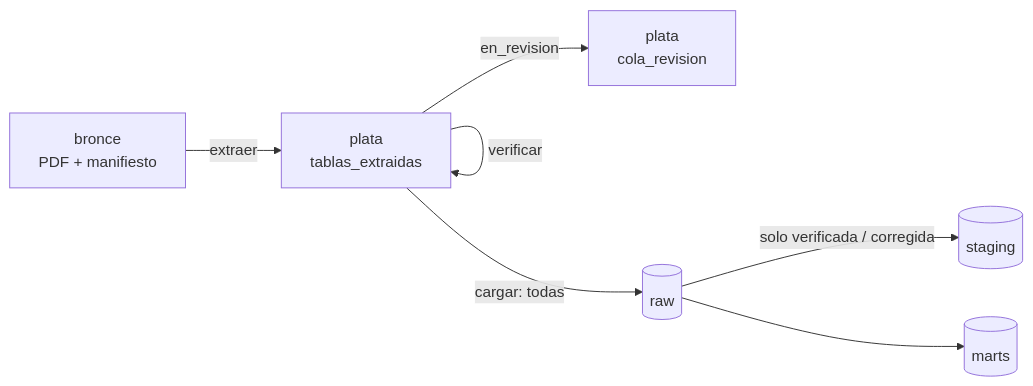
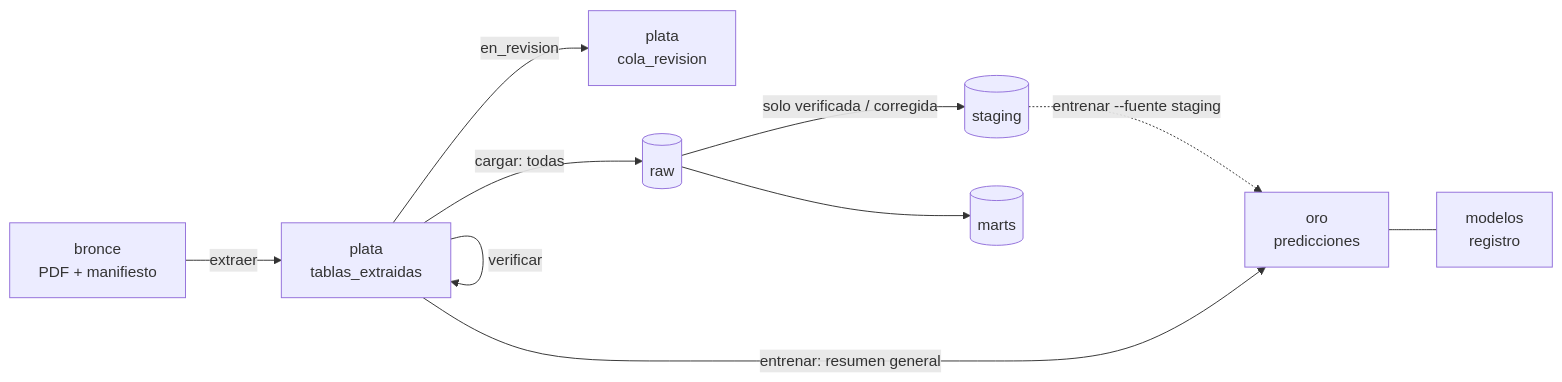
The diagram in docs/diccionario_datos.md (fyamith01/prediccion_ganadera), drawn with Mermaid before and after one commit. The commit also changed other lines of this file and 10 other files, not shown here.

````diff
--- a/docs/diccionario_datos.md
+++ b/docs/diccionario_datos.md
@@ -7,9 +7,12 @@
 ```mermaid
 flowchart LR
     B[bronce<br/>PDF + manifiesto] -->|extraer| P[plata<br/>tablas_extraidas]
     P -->|verificar| P
     P -->|en_revision| Q[plata<br/>cola_revision]
     P -->|cargar: todas| R[(raw)]
     R -->|solo verificada / corregida| S[(staging)]
     R --> M[(marts)]
+    P -->|entrenar: resumen general| O[oro<br/>predicciones]
+    S -.->|entrenar --fuente staging| O
+    O --- MR[modelos<br/>registro]
 ```
````
